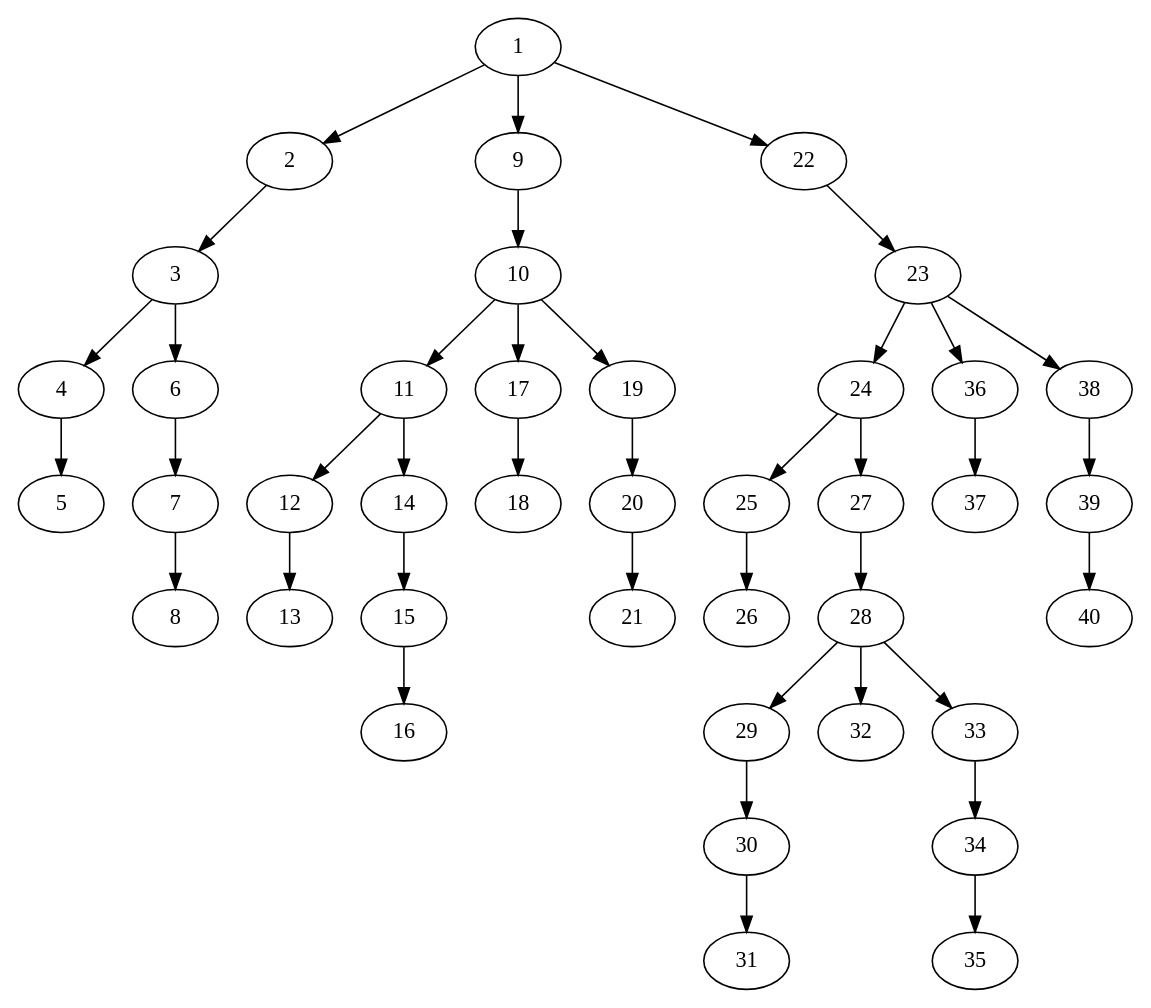
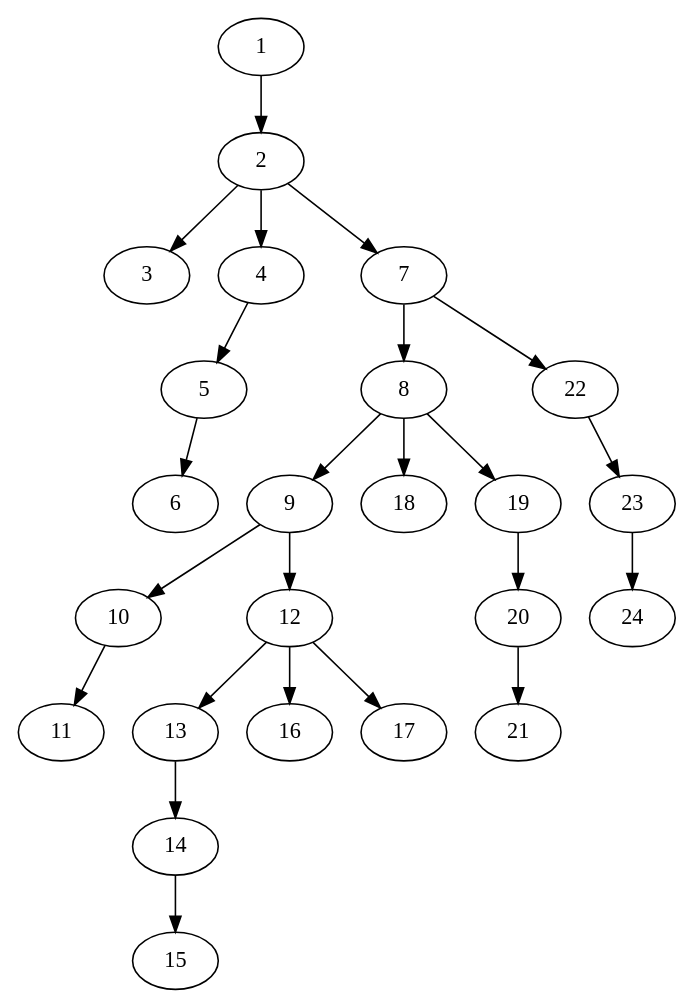
The diagram in caspian/src/ast_stuff.dot (Ajax12345/caspian-lang), drawn with Graphviz before and after one commit. The commit also changed 4 other files, not shown here.

```diff
--- a/caspian/src/ast_stuff.dot
+++ b/caspian/src/ast_stuff.dot
@@ -1,41 +1,25 @@
 strict digraph "" {
 	1 -> 2;
-	1 -> 9;
-	1 -> 22;
 	2 -> 3;
-	3 -> 4;
-	3 -> 6;
+	2 -> 4;
+	2 -> 7;
 	4 -> 5;
-	6 -> 7;
+	5 -> 6;
 	7 -> 8;
+	7 -> 22;
+	8 -> 9;
+	8 -> 18;
+	8 -> 19;
 	9 -> 10;
+	9 -> 12;
 	10 -> 11;
-	10 -> 17;
-	10 -> 19;
-	11 -> 12;
-	11 -> 14;
 	12 -> 13;
+	12 -> 16;
+	12 -> 17;
+	13 -> 14;
 	14 -> 15;
-	15 -> 16;
-	17 -> 18;
 	19 -> 20;
 	20 -> 21;
 	22 -> 23;
 	23 -> 24;
-	23 -> 36;
-	23 -> 38;
-	24 -> 25;
-	24 -> 27;
-	25 -> 26;
-	27 -> 28;
-	28 -> 29;
-	28 -> 32;
-	28 -> 33;
-	29 -> 30;
-	30 -> 31;
-	33 -> 34;
-	34 -> 35;
-	36 -> 37;
-	38 -> 39;
-	39 -> 40;
 }
```
